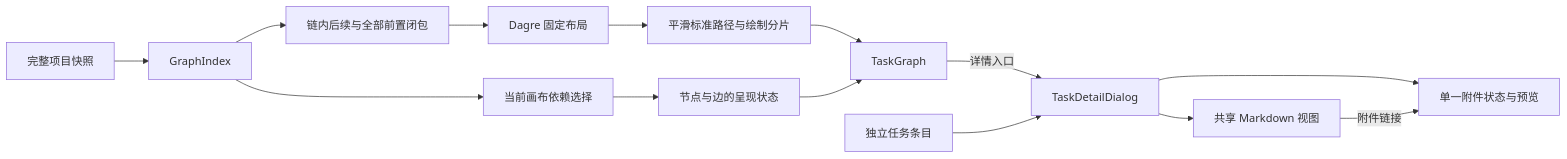
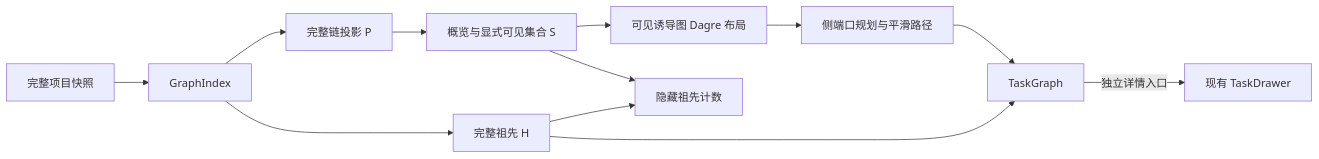
The diagram in docs/design/daynight-task-inspection.md (codetreker/day-night), drawn with Mermaid before and after one commit. The commit also changed other lines of this file and 44 other files, not shown here.

First line of the commit message:
feat: progressively expand task dependency graphs

````diff
--- a/docs/design/daynight-task-inspection.md
+++ b/docs/design/daynight-task-inspection.md
@@ -19,16 +13,14 @@
 ```mermaid
 flowchart LR
   Snapshot[完整项目快照] --> Index[GraphIndex]
-  Index --> Projection[链内后续与全部前置闭包]
-  Projection --> Layout[Dagre 固定布局]
-  Layout --> Routes[平滑标准路径与绘制分片]
-  Index --> Inspect[当前画布依赖选择]
-  Inspect --> Classes[节点与边的呈现状态]
+  Index --> P[完整链投影 P]
+  P --> Visibility[概览与显式可见集合 S]
+  Visibility --> Layout[可见诱导图 Dagre 布局]
+  Layout --> Routes[侧端口规划与平滑路径]
   Routes --> Canvas[TaskGraph]
-  Classes --> Canvas
-  Canvas -->|详情入口| Detail[TaskDetailDialog]
-  Standalone[独立任务条目] --> Detail
-  Detail --> Markdown[共享 Markdown 视图]
-  Detail --> Attachments[单一附件状态与预览]
-  Markdown -->|附件链接| Attachments
+  Index --> Inspect[完整祖先 H]
+  Visibility --> Counts[隐藏祖先计数]
+  Inspect --> Counts
+  Inspect --> Canvas
+  Canvas -->|独立详情入口| Drawer[现有 TaskDrawer]
 ```
````
